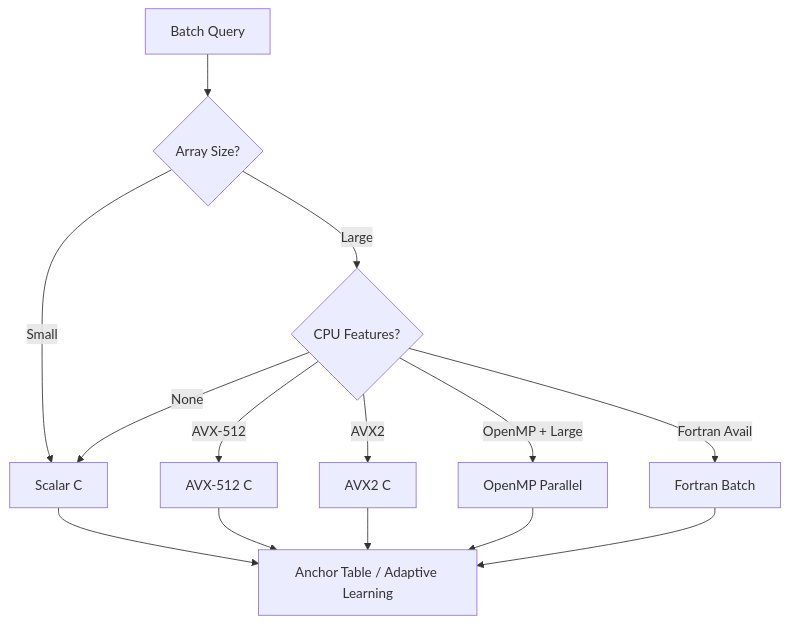
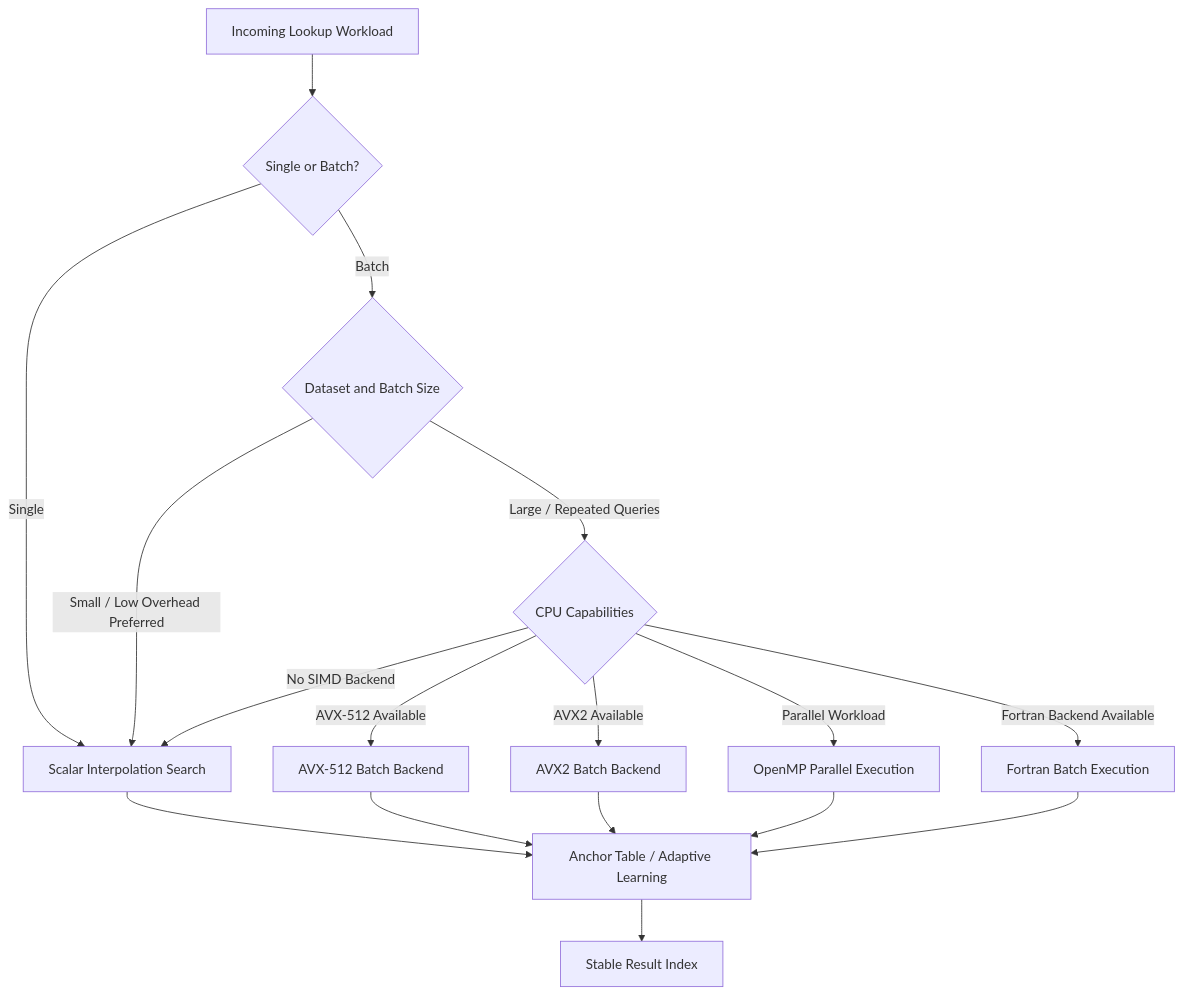
The second of 4 diagrams in README.md (SWORDIntel/KEYSTONE), drawn with Mermaid before and after one commit. The commit also changed other lines of this file, not shown here.

Commit message:
Rewrite README as polished functional showcase with diagrams

````diff
--- a/README.md
+++ b/README.md
@@ -183,19 +112,23 @@
 ```mermaid
 flowchart TD
-    Start[Batch Query] --> CheckSize{Array Size?}
-    CheckSize -->|Small| Scalar[Scalar C]
-    CheckSize -->|Large| CheckSIMD{CPU Features?}
+    Start["Incoming Lookup Workload"] --> Mode{"Single or Batch?"}
+    Mode -->|Single| Scalar["Scalar Interpolation Search"]
+    Mode -->|Batch| Size{"Dataset and Batch Size"}
 
-    CheckSIMD -->|AVX-512| AVX5[AVX-512 C]
-    CheckSIMD -->|AVX2| AVX2[AVX2 C]
-    CheckSIMD -->|None| Scalar
+    Size -->|Small / Low Overhead Preferred| Scalar
+    Size -->|Large / Repeated Queries| CPU{"CPU Capabilities"}
 
-    CheckSIMD -->|OpenMP + Large| OMP[OpenMP Parallel]
-    CheckSIMD -->|Fortran Avail| FOR[Fortran Batch]
+    CPU -->|AVX-512 Available| AVX512["AVX-512 Batch Backend"]
+    CPU -->|AVX2 Available| AVX2["AVX2 Batch Backend"]
+    CPU -->|No SIMD Backend| Scalar
 
-    Scalar --> Anchor[Anchor Table / Adaptive Learning]
-    AVX5 --> Anchor
+    CPU -->|Parallel Workload| OMP["OpenMP Parallel Execution"]
+    CPU -->|Fortran Backend Available| FORTRAN["Fortran Batch Execution"]
+
+    Scalar --> Anchor["Anchor Table / Adaptive Learning"]
+    AVX512 --> Anchor
     AVX2 --> Anchor
     OMP --> Anchor
-    FOR --> Anchor
+    FORTRAN --> Anchor
+    Anchor --> Result["Stable Result Index"]
 ```
````
